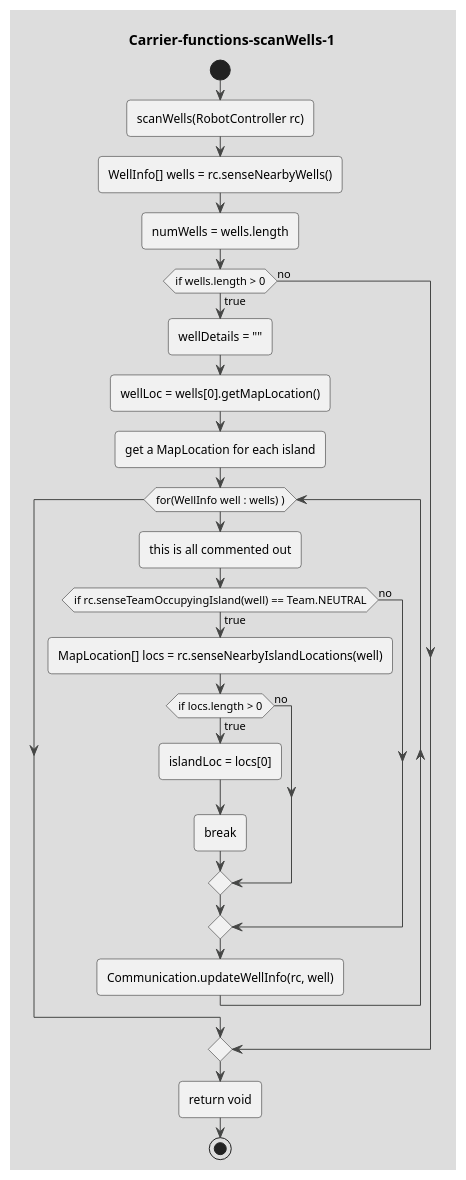
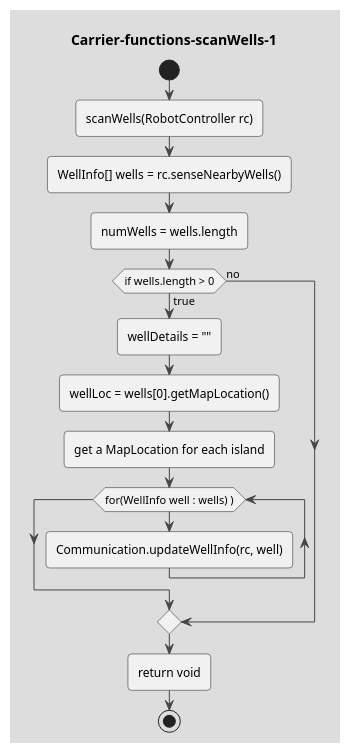
The diagram in drawings/Carrier-functions-scanWells-1.puml (coding-to-music/plantuml-diagram-examples), drawn with PlantUML before and after one commit. The commit also changed other lines of this file and 3 other files, not shown here.

```diff
--- a/drawings/Carrier-functions-scanWells-1.puml
+++ b/drawings/Carrier-functions-scanWells-1.puml
@@ -1,37 +1,27 @@
 @startuml Carrier-functions-scanWells-1
 !theme toy 
 title Carrier-functions-scanWells-1
 start
 
 ' static void scanWells(RobotController rc) throws GameActionException {
 
 :scanWells(RobotController rc);
 :WellInfo[] wells = rc.senseNearbyWells();
 
 :numWells = wells.length;
 
 if(if wells.length > 0) then (true)
     :wellDetails = "";
     :wellLoc = wells[0].getMapLocation();
     :get a MapLocation for each island;
 
     while (for(WellInfo well : wells) ))
-        :this is all commented out;
-        if (if rc.senseTeamOccupyingIsland(well) == Team.NEUTRAL) then (true)
-            :MapLocation[] locs = rc.senseNearbyIslandLocations(well);
-            if(if locs.length > 0) then (true)
-                :islandLoc = locs[0];
-                :break;
-            else (no)
-            endif
-        else (no)
-        endif
         :Communication.updateWellInfo(rc, well);
     endwhile
 else (no)
 endif
 
 
 :return void; 
 stop
 @enduml
```
